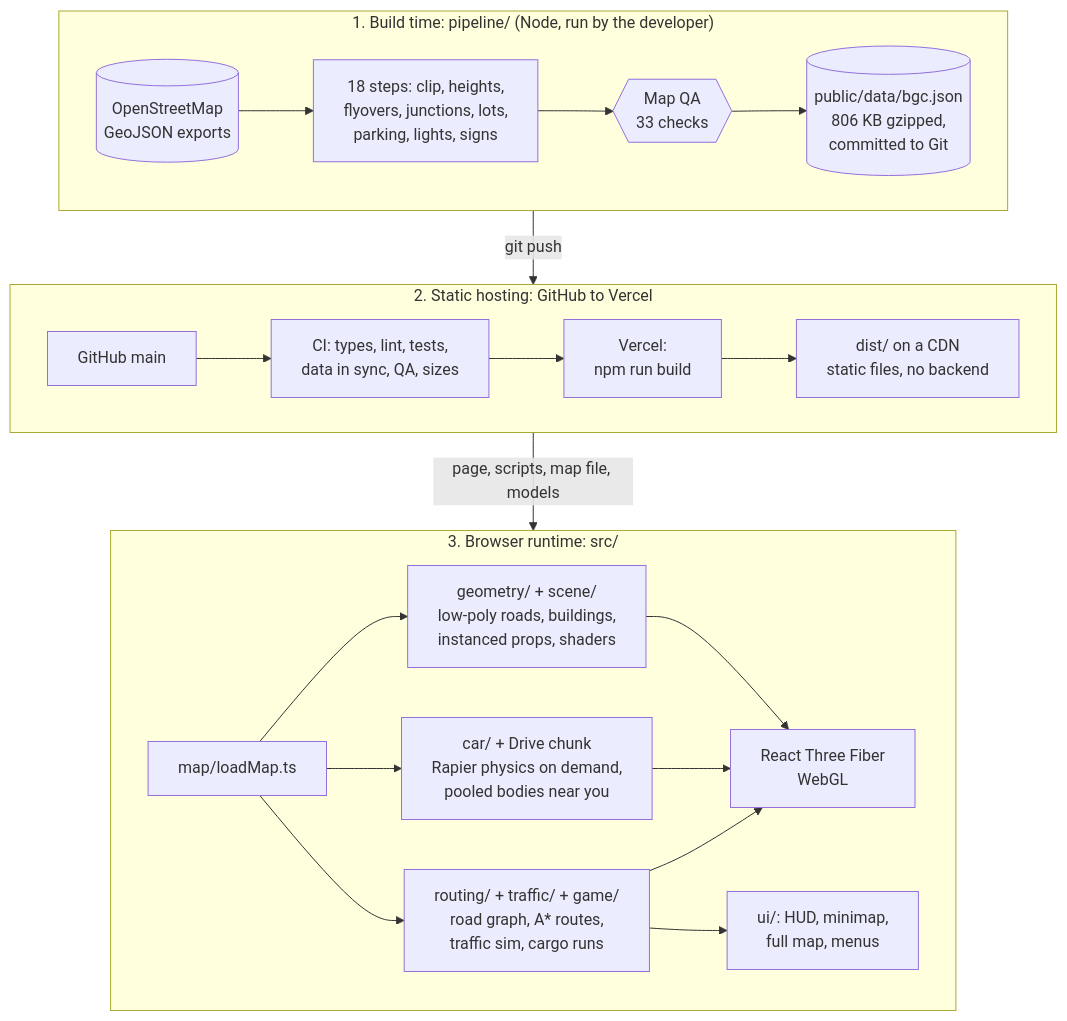
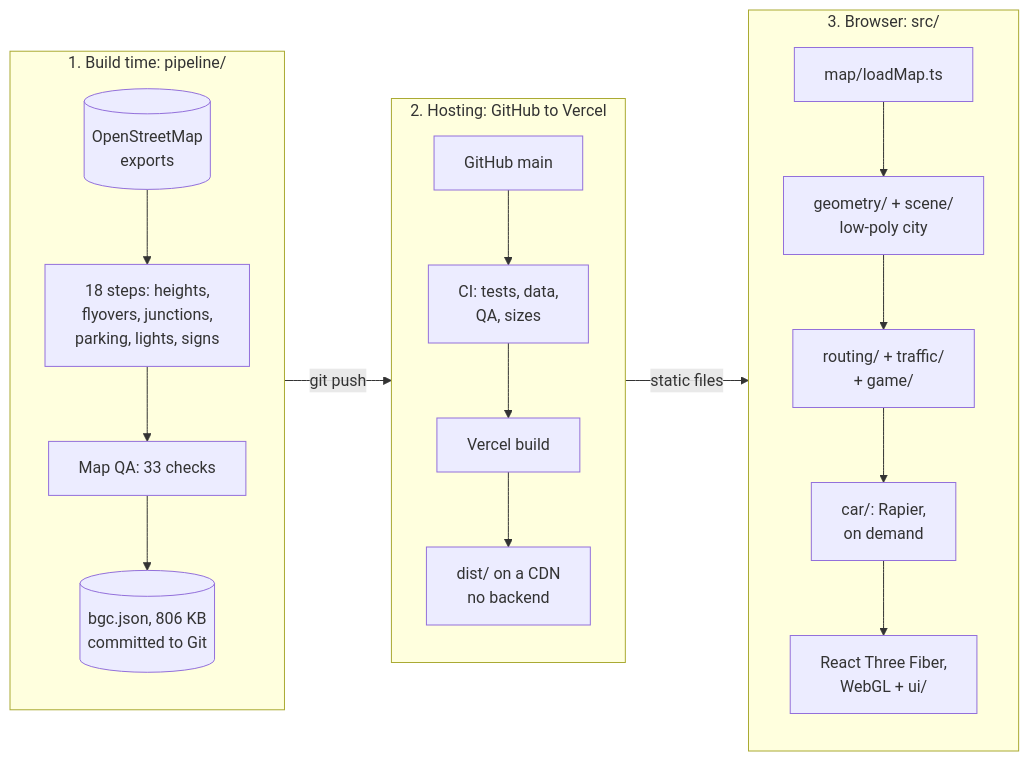
The diagram in README.md (ajs0905/drive-thru-mnl), drawn with Mermaid before and after one commit.

Commit message:
make the readme architecture diagram horizontal
three stages side by side (build time, hosting, browser) instead of stacked, about
half the height on the page.

````diff
--- a/README.md
+++ b/README.md
@@ -142,27 +142,24 @@
 ```mermaid
-flowchart TB
-  subgraph BUILD["1. Build time: pipeline/ (Node, run by the developer)"]
-    direction LR
-    OSM[("OpenStreetMap<br/>GeoJSON exports")] --> STEPS["18 steps: clip, heights,<br/>flyovers, junctions, lots,<br/>parking, lights, signs"]
-    STEPS --> QA{{"Map QA<br/>33 checks"}}
-    QA --> MAP[("public/data/bgc.json<br/>806 KB gzipped,<br/>committed to Git")]
+flowchart LR
+  subgraph BUILD["1. Build time: pipeline/"]
+    direction TB
+    OSM[("OpenStreetMap<br/>exports")] --> STEPS["18 steps: heights,<br/>flyovers, junctions,<br/>parking, lights, signs"]
+    STEPS --> QA["Map QA: 33 checks"]
+    QA --> MAP[("bgc.json, 806 KB<br/>committed to Git")]
   end
-  subgraph HOST["2. Static hosting: GitHub to Vercel"]
-    direction LR
-    GH["GitHub main"] --> CI["CI: types, lint, tests,<br/>data in sync, QA, sizes"]
-    CI --> VB["Vercel:<br/>npm run build"]
-    VB --> DIST["dist/ on a CDN<br/>static files, no backend"]
+  subgraph HOST["2. Hosting: GitHub to Vercel"]
+    direction TB
+    GH["GitHub main"] --> CI["CI: tests, data,<br/>QA, sizes"]
+    CI --> VB["Vercel build"]
+    VB --> DIST["dist/ on a CDN<br/>no backend"]
   end
-  subgraph WEB["3. Browser runtime: src/"]
-    direction LR
-    LOAD["map/loadMap.ts"] --> GEO["geometry/ + scene/<br/>low-poly roads, buildings,<br/>instanced props, shaders"]
-    LOAD --> SIM["routing/ + traffic/ + game/<br/>road graph, A* routes,<br/>traffic sim, cargo runs"]
-    LOAD --> PHYS["car/ + Drive chunk<br/>Rapier physics on demand,<br/>pooled bodies near you"]
-    GEO --> GL["React Three Fiber<br/>WebGL"]
-    PHYS --> GL
-    SIM --> GL
-    SIM --> UI["ui/: HUD, minimap,<br/>full map, menus"]
+  subgraph WEB["3. Browser: src/"]
+    direction TB
+    LOAD["map/loadMap.ts"] --> GEO["geometry/ + scene/<br/>low-poly city"]
+    GEO --> SIM["routing/ + traffic/<br/>+ game/"]
+    SIM --> PHYS["car/: Rapier,<br/>on demand"]
+    PHYS --> GL["React Three Fiber,<br/>WebGL + ui/"]
   end
   BUILD -->|"git push"| HOST
-  HOST -->|"page, scripts, map file, models"| WEB
+  HOST -->|"static files"| WEB
 ```
````
